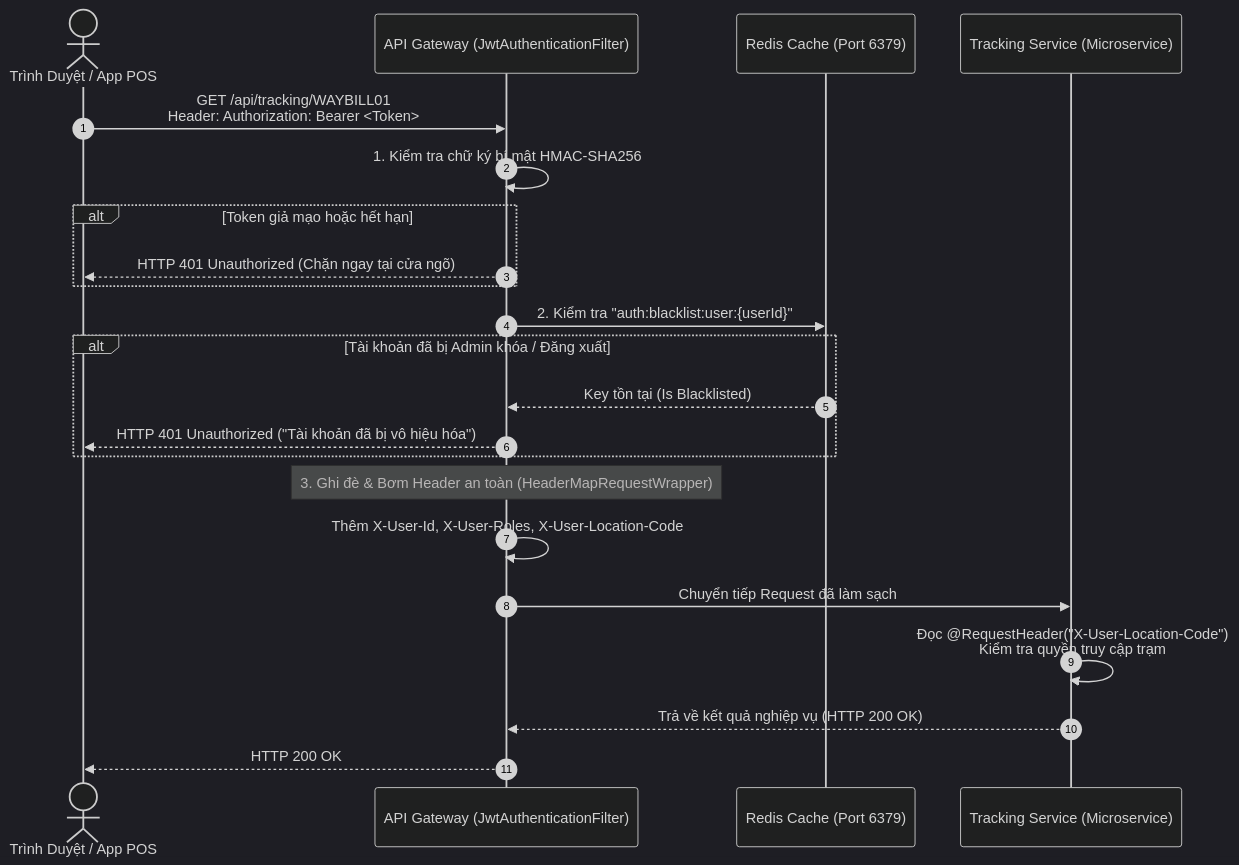
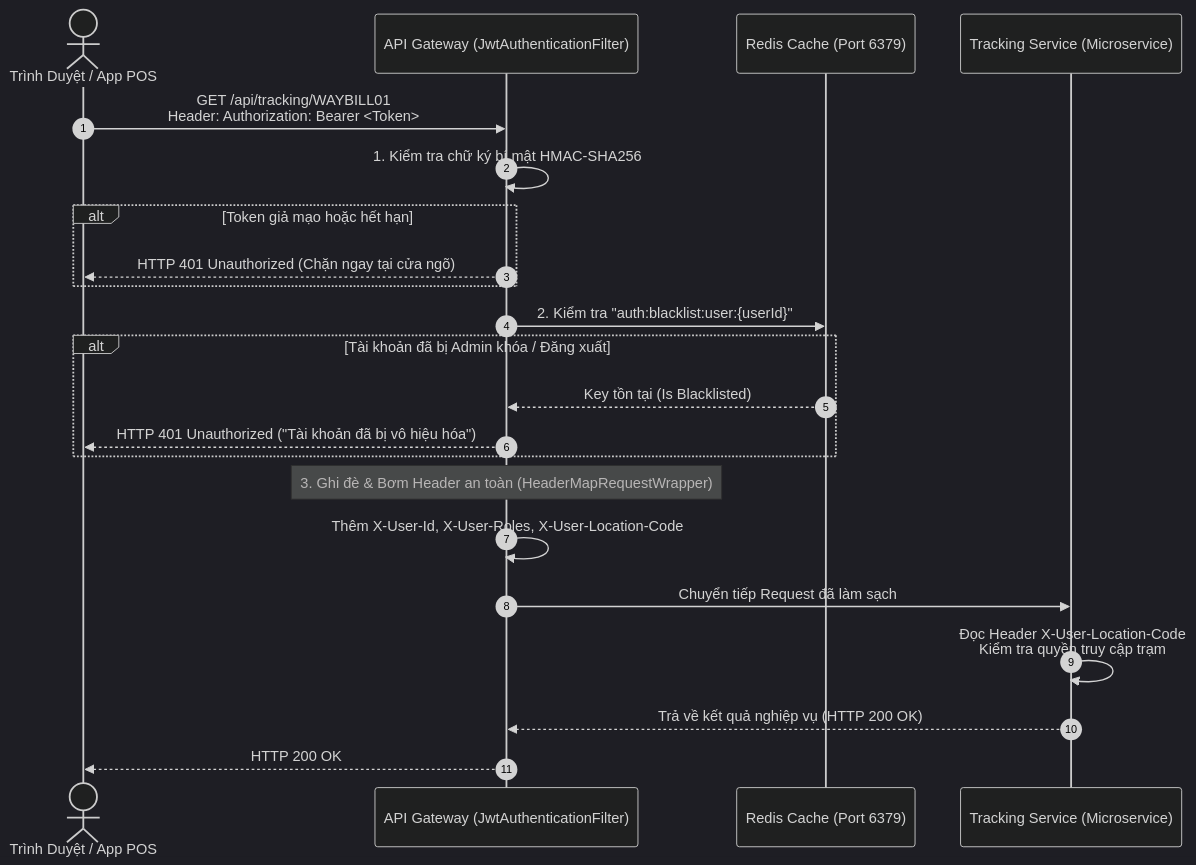
One commit to Khanhnv26/Mini-Waybill-Platform---VNPT-Cloud changed the first of 2 diagrams in docs/06-microservices-security-jwt-and-rbac.md. Above: the diagram before and after it, drawn with Mermaid (dark theme). The commit also changed other lines of this file and 7 other files, not shown here.

````diff
--- a/docs/06-microservices-security-jwt-and-rbac.md
+++ b/docs/06-microservices-security-jwt-and-rbac.md
@@ -27,29 +27,29 @@
 ```mermaid
 sequenceDiagram
     autonumber
     actor Client as Trình Duyệt / App POS
     participant GW as API Gateway (JwtAuthenticationFilter)
     participant Redis as Redis Cache (Port 6379)
     participant Svc as Tracking Service (Microservice)
 
     Client->>GW: GET /api/tracking/WAYBILL01<br/>Header: Authorization: Bearer <Token>
     
     GW->>GW: 1. Kiểm tra chữ ký bí mật HMAC-SHA256
     alt Token giả mạo hoặc hết hạn
         GW-->>Client: HTTP 401 Unauthorized (Chặn ngay tại cửa ngõ)
     end
 
     GW->>Redis: 2. Kiểm tra "auth:blacklist:user:{userId}"
     alt Tài khoản đã bị Admin khóa / Đăng xuất
         Redis-->>GW: Key tồn tại (Is Blacklisted)
         GW-->>Client: HTTP 401 Unauthorized ("Tài khoản đã bị vô hiệu hóa")
     end
 
     Note over GW: 3. Ghi đè & Bơm Header an toàn (HeaderMapRequestWrapper)
     GW->>GW: Thêm X-User-Id, X-User-Roles, X-User-Location-Code
 
     GW->>Svc: Chuyển tiếp Request đã làm sạch
-    Svc->>Svc: Đọc @RequestHeader("X-User-Location-Code")<br/>Kiểm tra quyền truy cập trạm
+    Svc->>Svc: Đọc Header X-User-Location-Code<br/>Kiểm tra quyền truy cập trạm
     Svc-->>GW: Trả về kết quả nghiệp vụ (HTTP 200 OK)
     GW-->>Client: HTTP 200 OK
 ```
````
